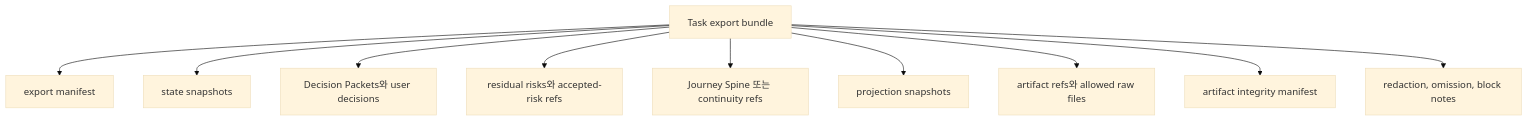
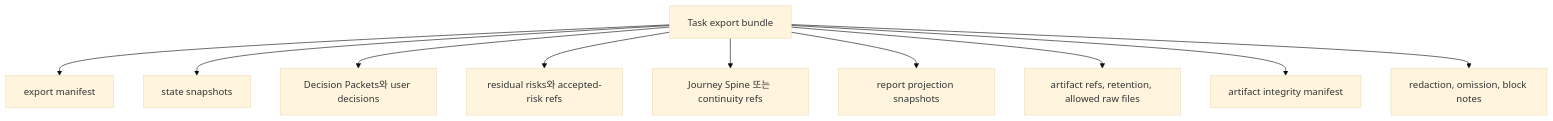
The tenth of 14 diagrams in docs/ko/reference/operations-and-conformance.md (minjungw00/Harness_Project), drawn with Mermaid (base theme) before and after one commit. The commit also changed other lines of this file and 9 other files, not shown here.

````diff
--- a/docs/ko/reference/operations-and-conformance.md
+++ b/docs/ko/reference/operations-and-conformance.md
@@ -545,12 +555,12 @@
 ```mermaid
 flowchart TD
   Export["Task export bundle"] --> Manifest["export manifest"]
   Export --> State["state snapshots"]
   Export --> Decisions["Decision Packets와 user decisions"]
   Export --> Risks["residual risks와 accepted-risk refs"]
   Export --> Journey["Journey Spine 또는 continuity refs"]
-  Export --> Projections["projection snapshots"]
-  Export --> Artifacts["artifact refs와 allowed raw files"]
+  Export --> Projections["report projection snapshots"]
+  Export --> Artifacts["artifact refs, retention, allowed raw files"]
   Export --> Integrity["artifact integrity manifest"]
   Export --> Redaction["redaction, omission, block notes"]
 ```
````
